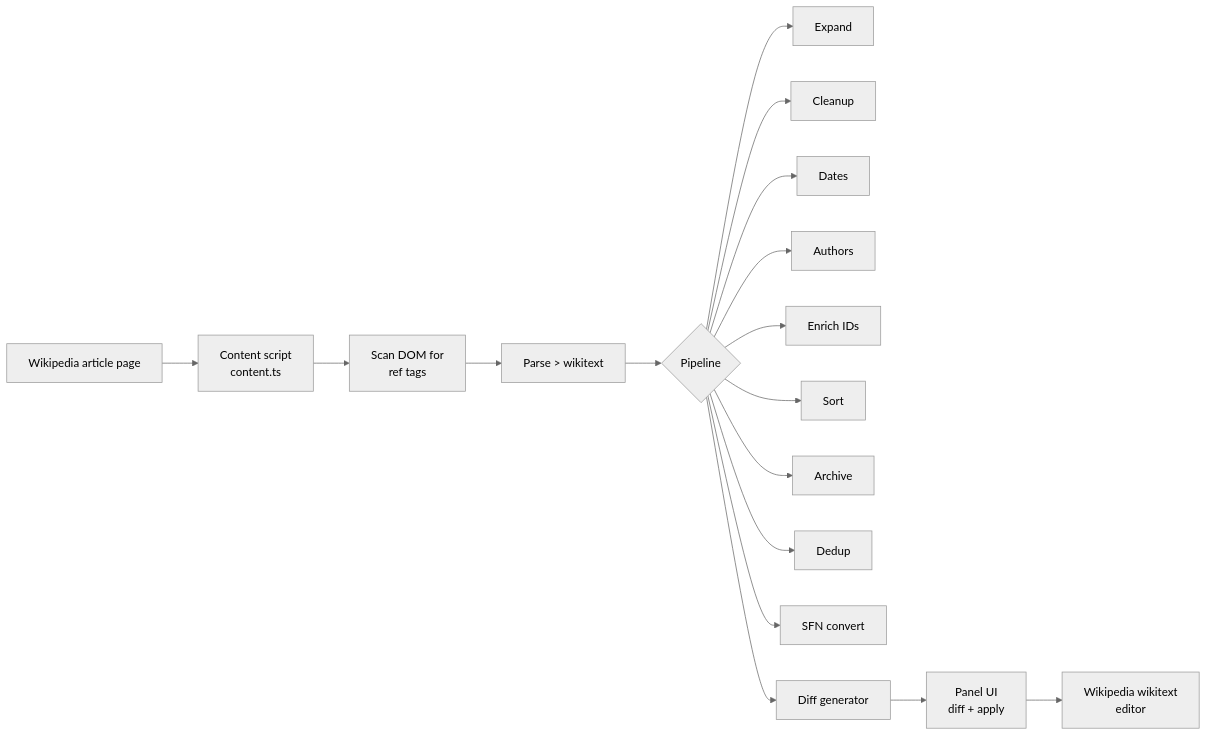
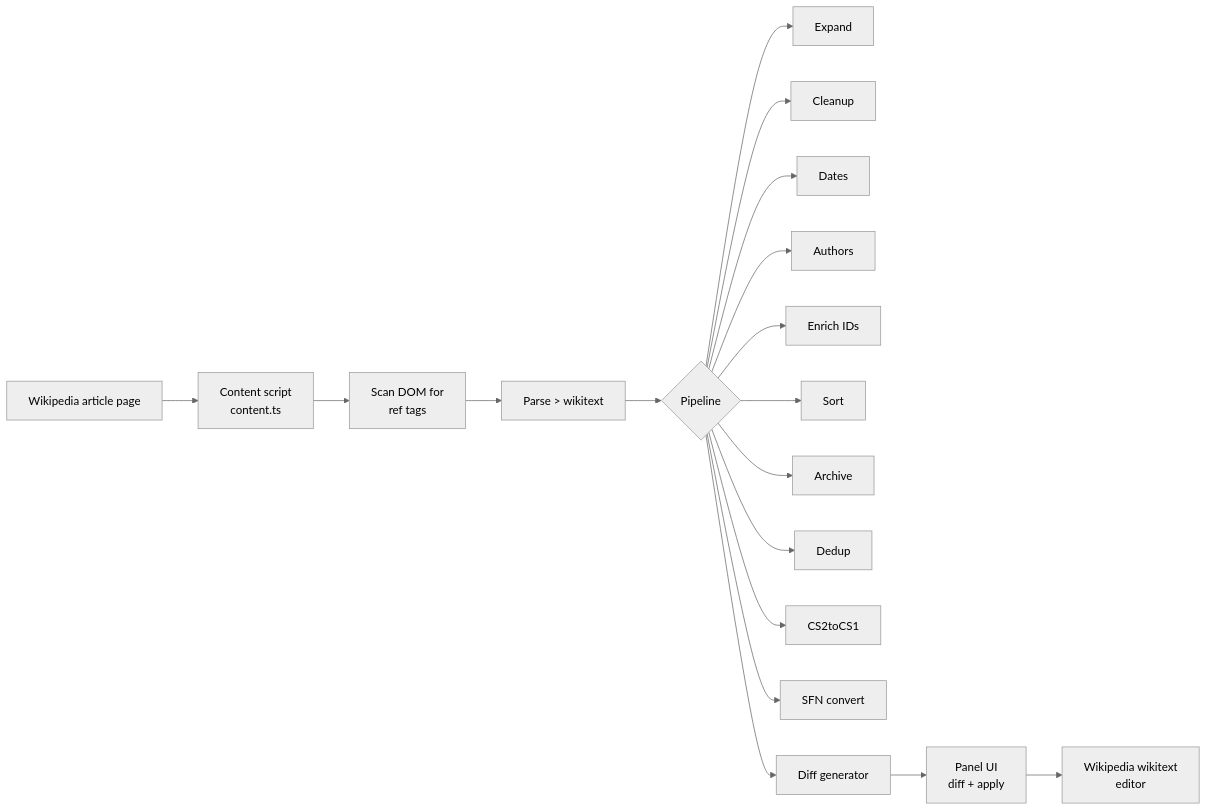
The first of 2 diagrams in README.md (Wolren/WikiCitationExtension), drawn with Mermaid (neutral theme) before and after one commit. The commit also changed other lines of this file, not shown here.

````diff
--- a/README.md
+++ b/README.md
@@ -58,19 +90,20 @@
 ```mermaid
 flowchart LR
     WP[Wikipedia article page] --> CS[Content script<br/>content.ts]
     CS --> SCAN[Scan DOM for<br/>ref tags]
-    SCAN --> WIKI[Parse &gt; wikitext]
+    SCAN --> WIKI[Parse > wikitext]
     WIKI --> PIPE{Pipeline}
     PIPE --> EXP[Expand]
     PIPE --> CLN[Cleanup]
     PIPE --> DTE[Dates]
     PIPE --> ATH[Authors]
     PIPE --> ENR[Enrich IDs]
     PIPE --> SRT[Sort]
     PIPE --> ARC[Archive]
     PIPE --> DED[Dedup]
+    PIPE --> CS2[CS2toCS1]
     PIPE --> SFN[SFN convert]
     PIPE --> DIFF[Diff generator]
     DIFF --> UI[Panel UI<br/>diff + apply]
     UI --> EDITOR[Wikipedia wikitext<br/>editor]
 ```
````
